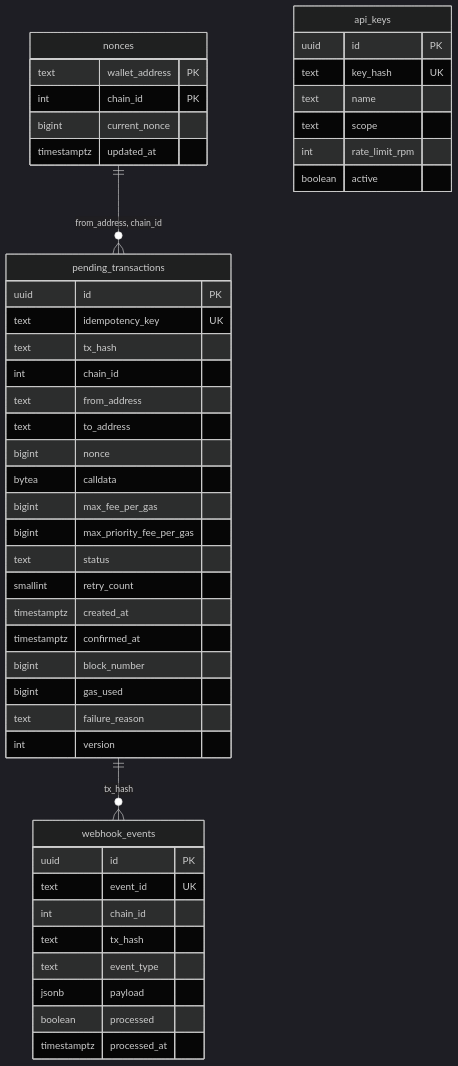
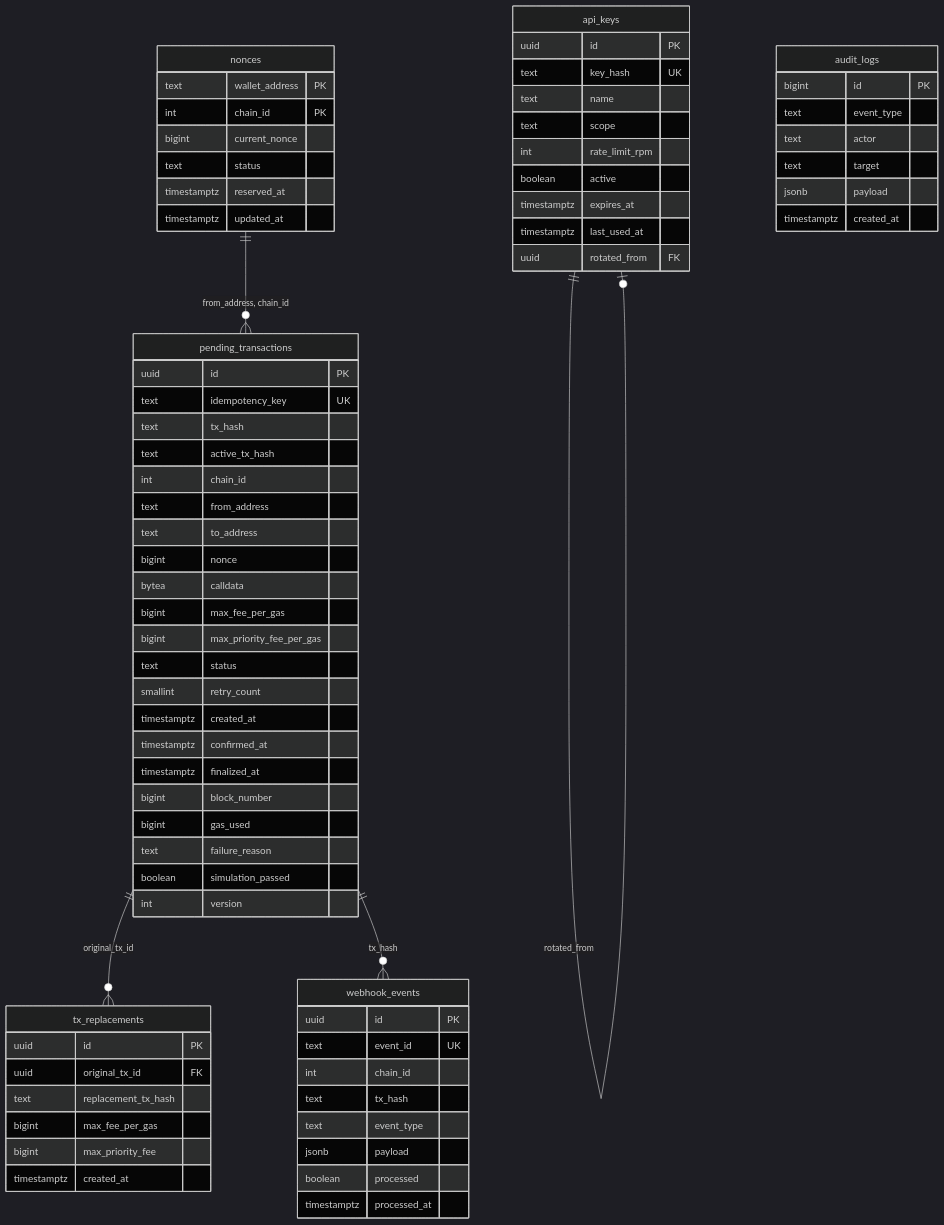
Before and after one commit to itsme-boii/archetectures: the tenth of 11 diagrams in README.md, drawn with Mermaid (dark theme). The commit also changed other lines of this file, not shown here.

````diff
--- a/README.md
+++ b/README.md
@@ -874,53 +1073,81 @@
 ```mermaid
 erDiagram
     pending_transactions {
         uuid id PK
         text idempotency_key UK
         text tx_hash
+        text active_tx_hash
         int chain_id
         text from_address
         text to_address
         bigint nonce
         bytea calldata
         bigint max_fee_per_gas
         bigint max_priority_fee_per_gas
         text status
         smallint retry_count
         timestamptz created_at
         timestamptz confirmed_at
+        timestamptz finalized_at
         bigint block_number
         bigint gas_used
         text failure_reason
+        boolean simulation_passed
         int version
+    }
+
+    tx_replacements {
+        uuid id PK
+        uuid original_tx_id FK
+        text replacement_tx_hash
+        bigint max_fee_per_gas
+        bigint max_priority_fee
+        timestamptz created_at
     }
 
     nonces {
         text wallet_address PK
         int chain_id PK
         bigint current_nonce
+        text status
+        timestamptz reserved_at
         timestamptz updated_at
     }
 
     webhook_events {
         uuid id PK
         text event_id UK
         int chain_id
         text tx_hash
         text event_type
         jsonb payload
         boolean processed
         timestamptz processed_at
     }
 
     api_keys {
         uuid id PK
         text key_hash UK
         text name
         text scope
         int rate_limit_rpm
         boolean active
+        timestamptz expires_at
+        timestamptz last_used_at
+        uuid rotated_from FK
     }
 
+    audit_logs {
+        bigint id PK
+        text event_type
+        text actor
+        text target
+        jsonb payload
+        timestamptz created_at
+    }
+
+    pending_transactions ||--o{ tx_replacements : "original_tx_id"
     pending_transactions ||--o{ webhook_events : "tx_hash"
     nonces ||--o{ pending_transactions : "from_address, chain_id"
+    api_keys ||--o| api_keys : "rotated_from"
 ```
````
